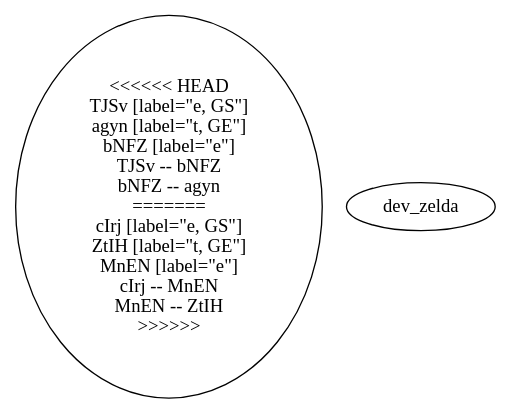
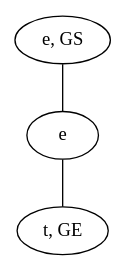
Before and after one commit to schrum2/MM-NEAT: the diagram in data/VGLC/Zelda/rules/1/13_E-t.dot, drawn with Graphviz. The commit also changed 24 other files, not shown here.

```diff
--- a/data/VGLC/Zelda/rules/1/13_E-t.dot
+++ b/data/VGLC/Zelda/rules/1/13_E-t.dot
@@ -1,15 +1,7 @@
 graph {
-<<<<<<< HEAD
-TJSv [label="e, GS"]
-agyn [label="t, GE"]
-bNFZ [label="e"]
-TJSv -- bNFZ
-bNFZ -- agyn
-=======
-cIrj [label="e, GS"]
-ZtIH [label="t, GE"]
-MnEN [label="e"]
-cIrj -- MnEN
-MnEN -- ZtIH
->>>>>>> dev_zelda
+jVDg [label="e, GS"]
+CCYB [label="t, GE"]
+kpbm [label="e"]
+jVDg -- kpbm
+kpbm -- CCYB
 }
```
